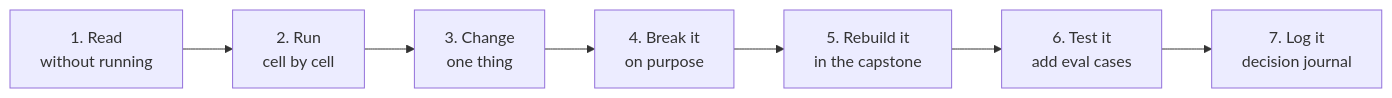
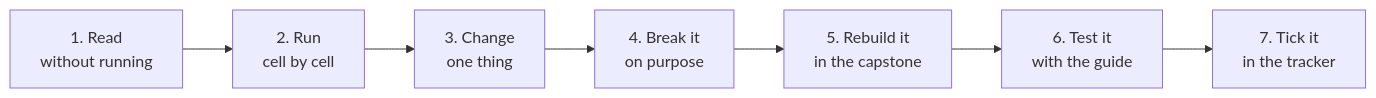
Before and after one commit to nirajp82/ClaudeArchitectStudyGuide: the diagram in cookbook-build-along.md, drawn with Mermaid. The commit also changed other lines of this file and 13 other files, not shown here.

````diff
--- a/cookbook-build-along.md
+++ b/cookbook-build-along.md
@@ -122,9 +139,9 @@
 ```mermaid
 flowchart LR
     A[1. Read<br/>without running] --> B[2. Run<br/>cell by cell]
     B --> C[3. Change<br/>one thing]
     C --> D[4. Break it<br/>on purpose]
     D --> E[5. Rebuild it<br/>in the capstone]
-    E --> F[6. Test it<br/>add eval cases]
-    F --> G[7. Log it<br/>decision journal]
+    E --> F[6. Test it<br/>with the guide]
+    F --> G[7. Tick it<br/>in the tracker]
 ```
````
